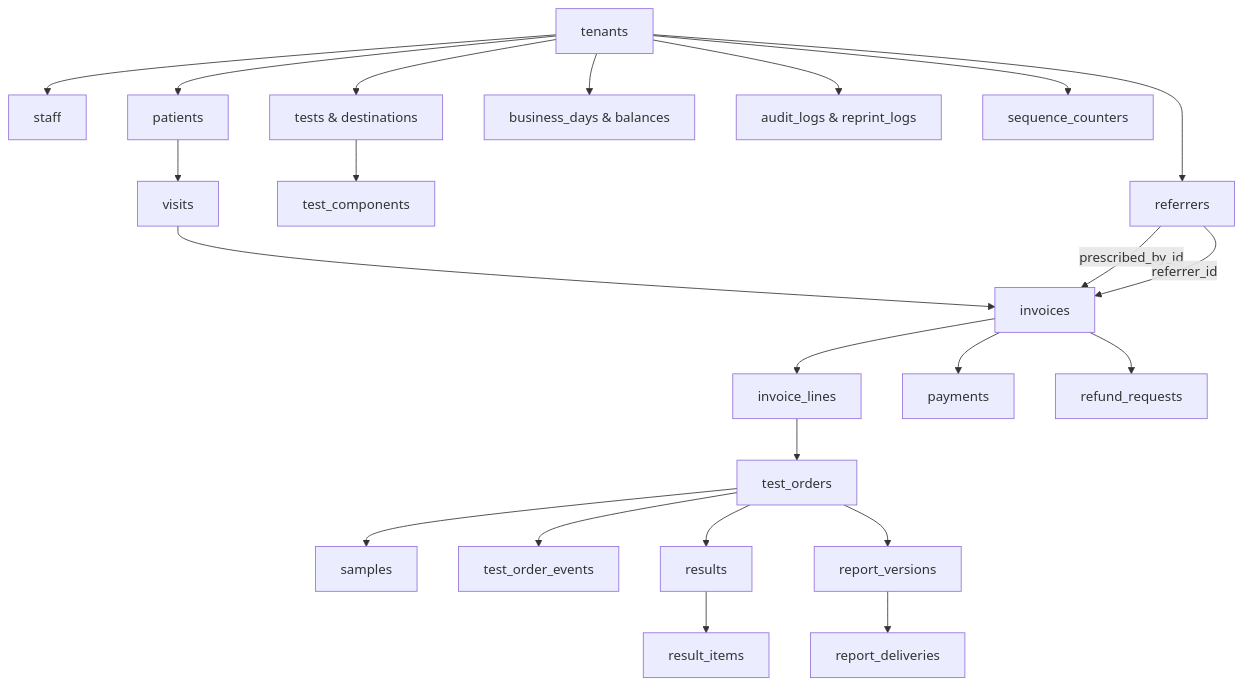
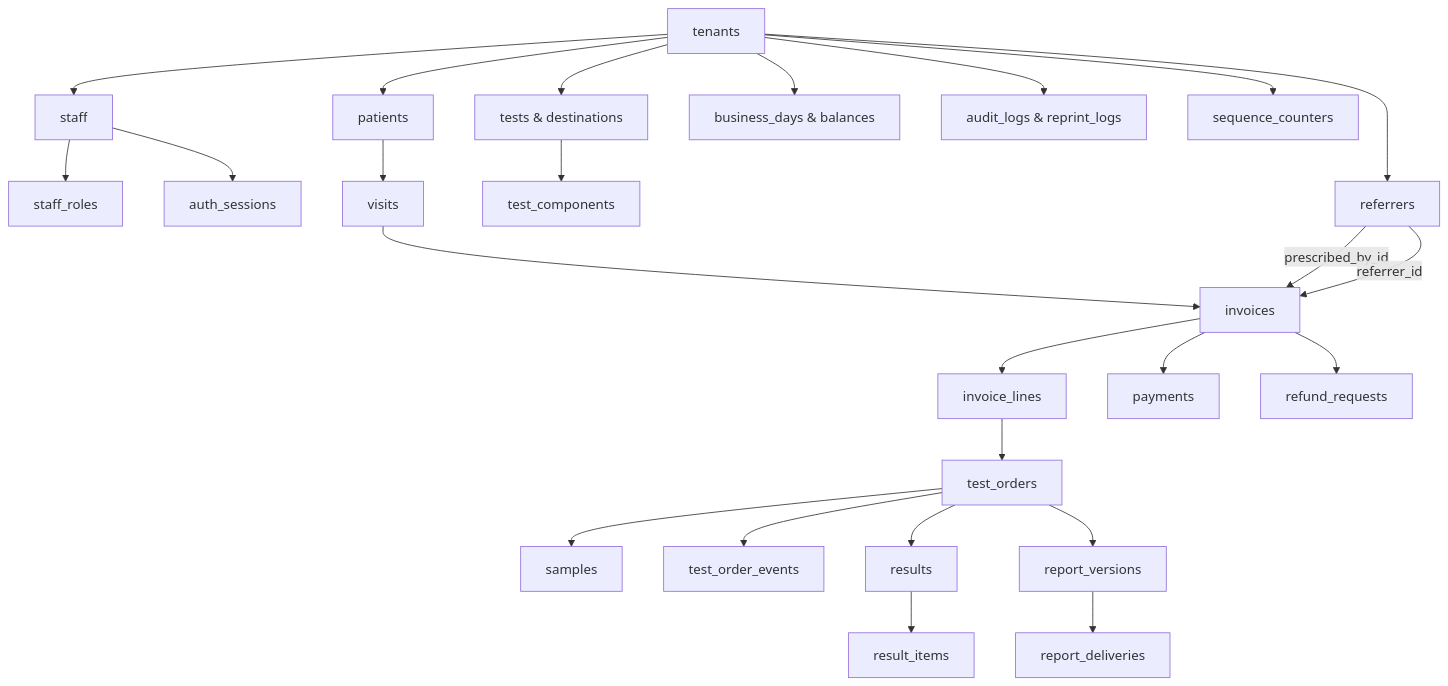
One commit to Wasihub1/medscope_dcms changed the diagram in docs/DATABASE.md. Above: the diagram before and after it, drawn with Mermaid. The commit also changed other lines of this file and 90 other files, not shown here.

````diff
--- a/docs/DATABASE.md
+++ b/docs/DATABASE.md
@@ -12,30 +12,32 @@
 ```mermaid
 flowchart TD
     Tenant[tenants] --> Staff[staff]
+    Staff --> StaffRoles[staff_roles]
+    Staff --> AuthSessions[auth_sessions]
     Tenant --> Patients[patients]
     Tenant --> Referrers[referrers]
     Tenant --> Catalog[tests & destinations]
     Tenant --> Days[business_days & balances]
 
     Catalog --> Components[test_components]
 
     Patients --> Visits[visits]
     Visits --> Invoices[invoices]
     Referrers -->|prescribed_by_id| Invoices
     Referrers -->|referrer_id| Invoices
 
     Invoices --> Lines[invoice_lines]
     Invoices --> Payments[payments]
     Invoices --> Refunds[refund_requests]
 
     Lines --> Orders[test_orders]
     Orders --> Samples[samples]
     Orders --> Events[test_order_events]
     Orders --> Results[results]
     Results --> ResultItems[result_items]
     Orders --> Reports[report_versions]
     Reports --> Deliveries[report_deliveries]
 
     Tenant --> Audit[audit_logs & reprint_logs]
     Tenant --> Seq[sequence_counters]
 ```
````
